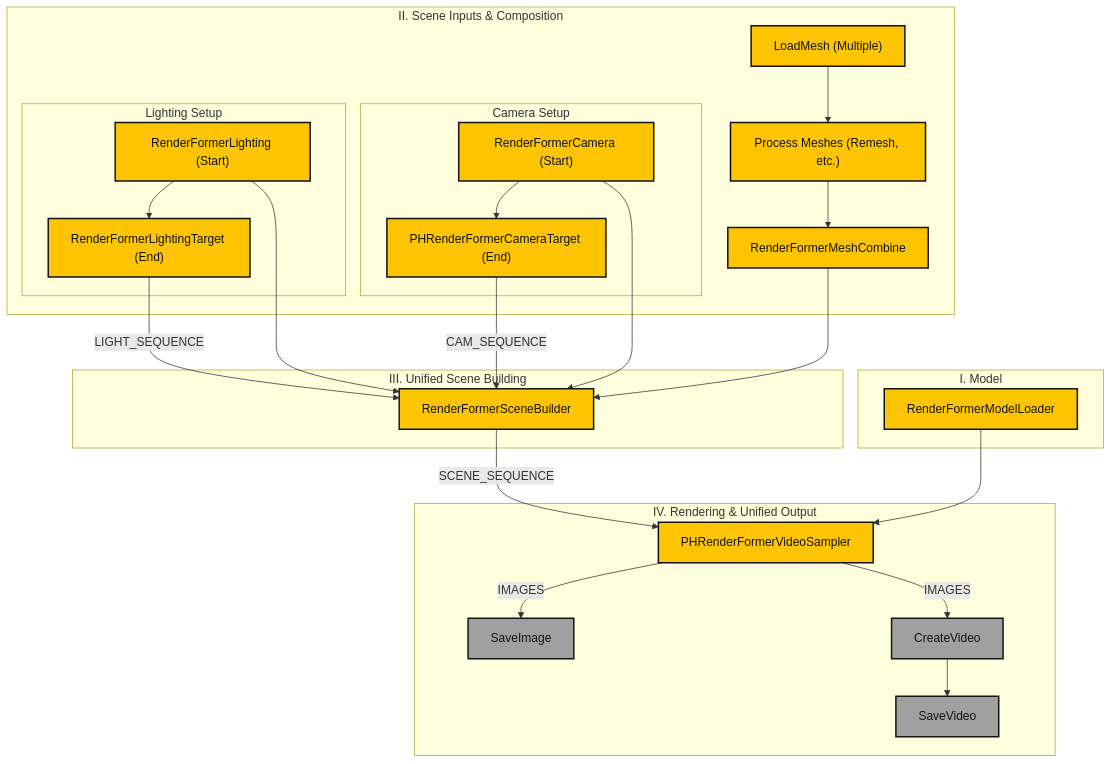
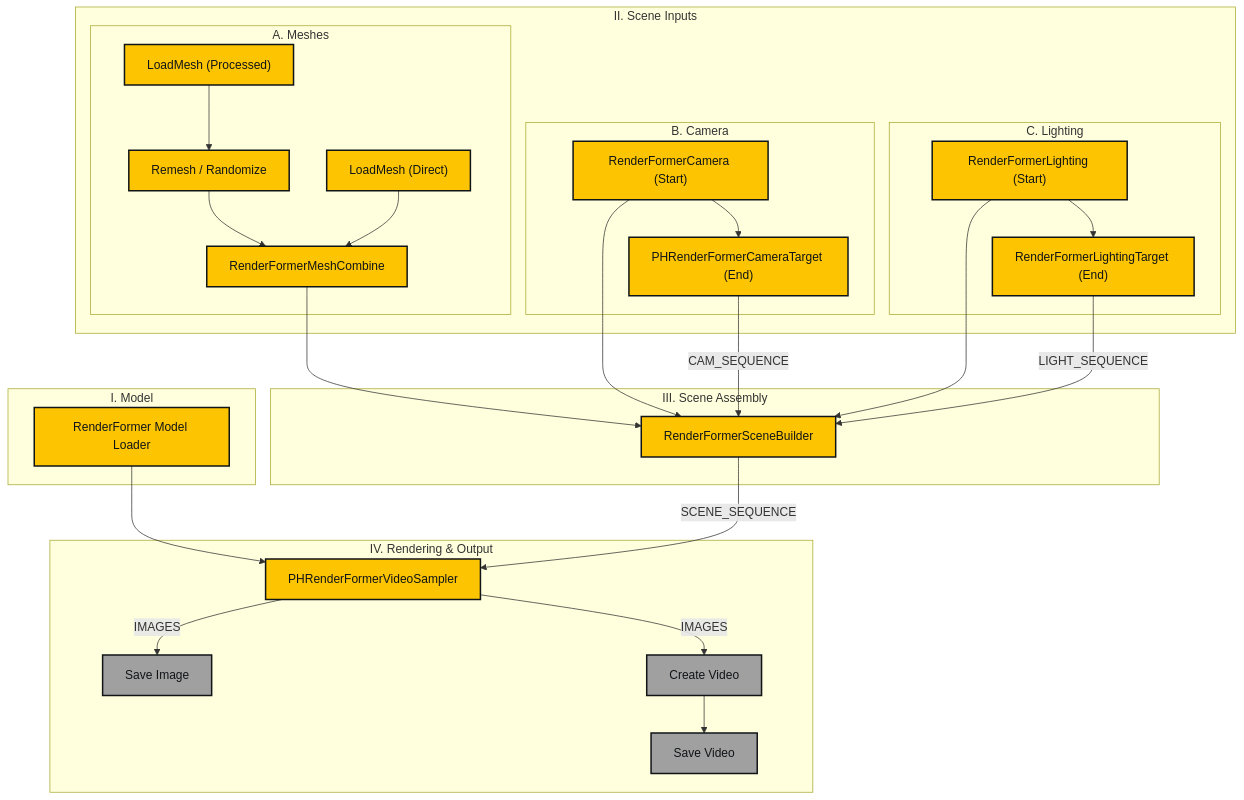
Before and after one commit to paulh4x/ComfyUI_PHRenderFormerWrapper: the second of 2 diagrams in README.md, drawn with Mermaid. The commit also changed other lines of this file and 5 other files, not shown here.

Commit message:
new model loading logic, preventing missing files when rendering

````diff
--- a/README.md
+++ b/README.md
@@ -130,47 +138,52 @@
 ```mermaid
 graph TD
     subgraph "I. Model"
-        ModelLoader["RenderFormerModelLoader"]
+        ModelLoader["RenderFormer Model Loader"]
     end
 
-    subgraph "II. Scene Inputs & Composition"
-        InputMeshes["LoadMesh (Multiple)"] --> Process["Process Meshes (Remesh, etc.)"] --> MeshCombine["RenderFormerMeshCombine"]
-        
-        subgraph "Camera Setup"
-            Camera["RenderFormerCamera (Start)"] --> CameraAnim["PHRenderFormerCameraTarget (End)"]
+    subgraph "II. Scene Inputs"
+        subgraph "A. Meshes"
+            Mesh1["LoadMesh (Processed)"] --> Remesh["Remesh / Randomize"] --> Combine["RenderFormerMeshCombine"]
+            Mesh2["LoadMesh (Direct)"] --> Combine
         end
         
-        subgraph "Lighting Setup"
-            Lighting["RenderFormerLighting (Start)"] --> LightAnim["RenderFormerLightingTarget (End)"]
+        subgraph "B. Camera"
+            CamStart["RenderFormerCamera (Start)"] --> CamEnd["PHRenderFormerCameraTarget (End)"]
+        end
+
+        subgraph "C. Lighting"
+            LightStart["RenderFormerLighting (Start)"] --> LightEnd["RenderFormerLightingTarget (End)"]
         end
     end
 
-    subgraph "III. Unified Scene Building"
-        MeshCombine --> SceneBuilder["RenderFormerSceneBuilder"]
-        Camera --> SceneBuilder
-        Lighting --> SceneBuilder
-        CameraAnim -- CAM_SEQUENCE --> SceneBuilder
-        LightAnim -- LIGHT_SEQUENCE --> SceneBuilder
+    subgraph "III. Scene Assembly"
+        Combine --> SceneBuilder["RenderFormerSceneBuilder"]
+        CamStart --> SceneBuilder
+        CamEnd -- CAM_SEQUENCE --> SceneBuilder
+        LightStart --> SceneBuilder
+        LightEnd -- LIGHT_SEQUENCE --> SceneBuilder
     end
 
-    subgraph "IV. Rendering & Unified Output"
-        ModelLoader --> VidSampler["PHRenderFormerVideoSampler"]
-        SceneBuilder -- SCENE_SEQUENCE --> VidSampler
-        VidSampler -- IMAGES --> SaveImg["SaveImage"]
-        VidSampler -- IMAGES --> CreateVid["CreateVideo"] --> SaveVid["SaveVideo"]
+    subgraph "IV. Rendering & Output"
+        Sampler["PHRenderFormerVideoSampler"]
+        ModelLoader --> Sampler
+        SceneBuilder -- SCENE_SEQUENCE --> Sampler
+        Sampler -- IMAGES --> SaveImg["Save Image"]
+        Sampler -- IMAGES --> CreateVid["Create Video"] --> SaveVid["Save Video"]
     end
 
     style ModelLoader fill:#FDC501,stroke:#111417,stroke-width:2px,color:#111417
-    style InputMeshes fill:#FDC501,stroke:#111417,stroke-width:2px,color:#111417
-    style Process fill:#FDC501,stroke:#111417,stroke-width:2px,color:#111417
-    style MeshCombine fill:#FDC501,stroke:#111417,stroke-width:2px,color:#111417
-    style Camera fill:#FDC501,stroke:#111417,stroke-width:2px,color:#111417
-    style CameraAnim fill:#FDC501,stroke:#111417,stroke-width:2px,color:#111417
-    style Lighting fill:#FDC501,stroke:#111417,stroke-width:2px,color:#111417
-    style LightAnim fill:#FDC501,stroke:#111417,stroke-width:2px,color:#111417
+    style Mesh1 fill:#FDC501,stroke:#111417,stroke-width:2px,color:#111417
+    style Mesh2 fill:#FDC501,stroke:#111417,stroke-width:2px,color:#111417
+    style Remesh fill:#FDC501,stroke:#111417,stroke-width:2px,color:#111417
+    style Combine fill:#FDC501,stroke:#111417,stroke-width:2px,color:#111417
+    style CamStart fill:#FDC501,stroke:#111417,stroke-width:2px,color:#111417
+    style CamEnd fill:#FDC501,stroke:#111417,stroke-width:2px,color:#111417
+    style LightStart fill:#FDC501,stroke:#111417,stroke-width:2px,color:#111417
+    style LightEnd fill:#FDC501,stroke:#111417,stroke-width:2px,color:#111417
     style SceneBuilder fill:#FDC501,stroke:#111417,stroke-width:2px,color:#111417
-    style VidSampler fill:#FDC501,stroke:#111417,stroke-width:2px,color:#111417
+    style Sampler fill:#FDC501,stroke:#111417,stroke-width:2px,color:#111417
     style SaveImg fill:#a0a0a0,stroke:#111417,stroke-width:2px,color:#111417
     style CreateVid fill:#a0a0a0,stroke:#111417,stroke-width:2px,color:#111417
     style SaveVid fill:#a0a0a0,stroke:#111417,stroke-width:2px,color:#111417
 ```
````
